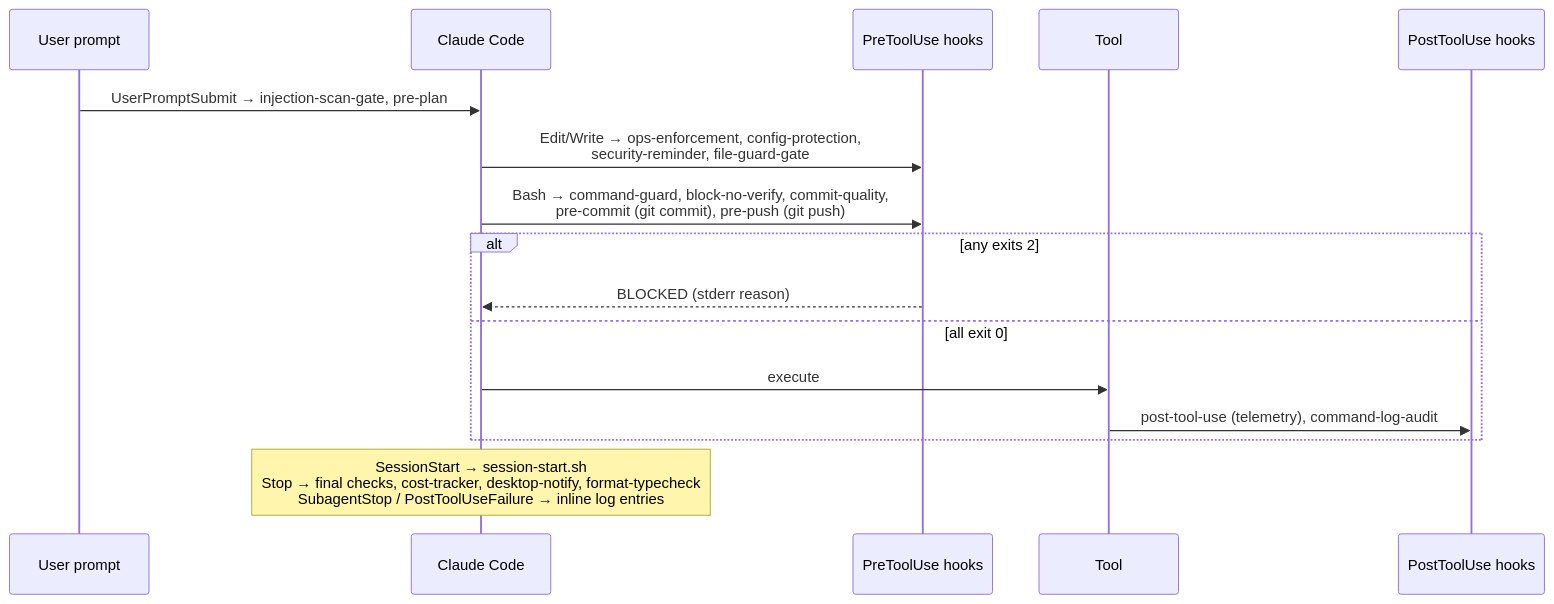
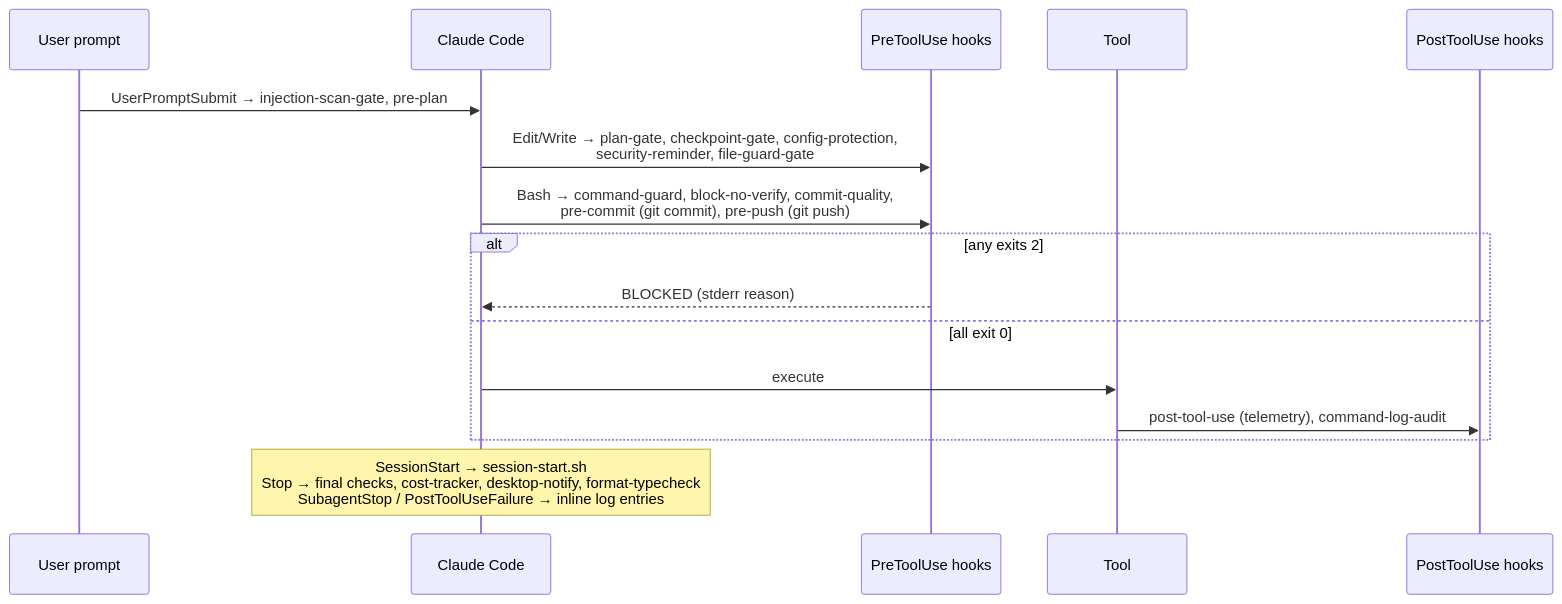
One commit to OmarMokhtar-Saad/claudekit changed the diagram in .ai/HOOKS.md. Above: the diagram before and after it, drawn with Mermaid. The commit also changed other lines of this file and 10 other files, not shown here.

First line of the commit message:
docs: describe plan-gate in place of ops-enforcement

````diff
--- a/.ai/HOOKS.md
+++ b/.ai/HOOKS.md
@@ -14,18 +14,18 @@
 ```mermaid
 sequenceDiagram
     participant U as User prompt
     participant CC as Claude Code
     participant Pre as PreToolUse hooks
     participant T as Tool
     participant Post as PostToolUse hooks
     U->>CC: UserPromptSubmit → injection-scan-gate, pre-plan
-    CC->>Pre: Edit/Write → ops-enforcement, config-protection,<br/>security-reminder, file-guard-gate
+    CC->>Pre: Edit/Write → plan-gate, checkpoint-gate, config-protection,<br/>security-reminder, file-guard-gate
     CC->>Pre: Bash → command-guard, block-no-verify, commit-quality,<br/>pre-commit (git commit), pre-push (git push)
     alt any exits 2
         Pre-->>CC: BLOCKED (stderr reason)
     else all exit 0
         CC->>T: execute
         T->>Post: post-tool-use (telemetry), command-log-audit
     end
     Note over CC: SessionStart → session-start.sh<br/>Stop → final checks, cost-tracker, desktop-notify, format-typecheck<br/>SubagentStop / PostToolUseFailure → inline log entries
 ```
````
